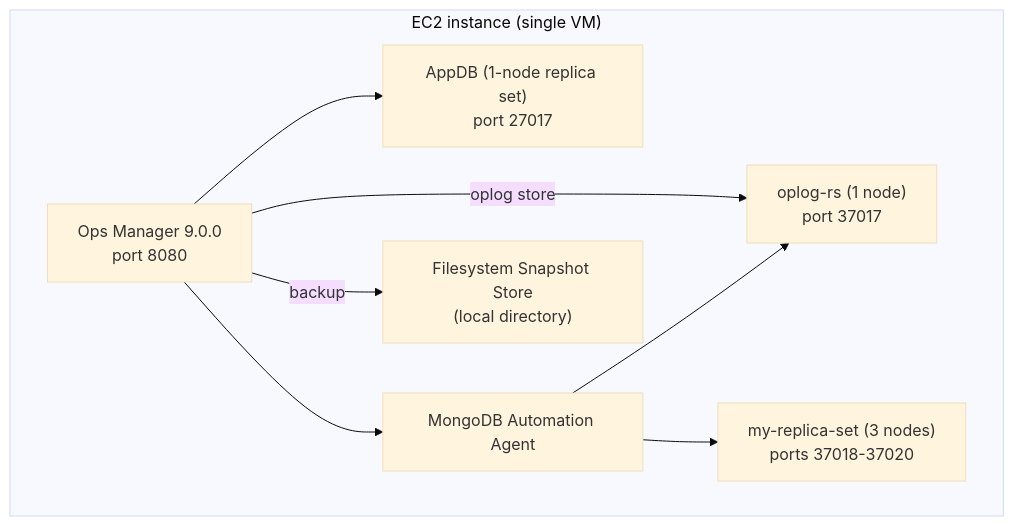
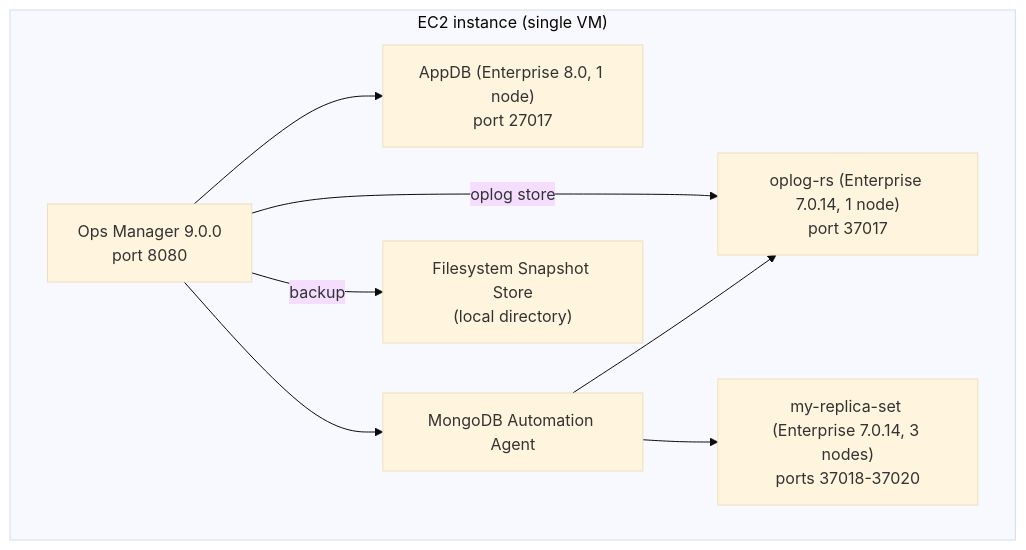
The diagram in README.md (vijaygh-repo/native-ops-manager-lab), drawn with Mermaid (base theme) before and after one commit. The commit also changed other lines of this file and 1 other file, not shown here.

Commit message:
Use Enterprise binaries for AppDB and all managed replica sets

````diff
--- a/README.md
+++ b/README.md
@@ -15,17 +15,17 @@
 ```mermaid
 flowchart TB
     subgraph EC2["EC2 instance (single VM)"]
-        APPDB["AppDB (1-node replica set)\nport 27017"]
+        APPDB["AppDB (Enterprise 8.0, 1 node)\nport 27017"]
         OM["Ops Manager 9.0.0\nport 8080"]
         AGENT["MongoDB Automation Agent"]
-        OPLOG["oplog-rs (1 node)\nport 37017"]
-        RS["my-replica-set (3 nodes)\nports 37018-37020"]
+        OPLOG["oplog-rs (Enterprise 7.0.14, 1 node)\nport 37017"]
+        RS["my-replica-set (Enterprise 7.0.14, 3 nodes)\nports 37018-37020"]
         FS["Filesystem Snapshot Store\n(local directory)"]
     end
     OM --> APPDB
     OM --> AGENT
     AGENT --> OPLOG
     AGENT --> RS
     OM -- backup --> FS
     OM -- oplog store --> OPLOG
 ```
````
